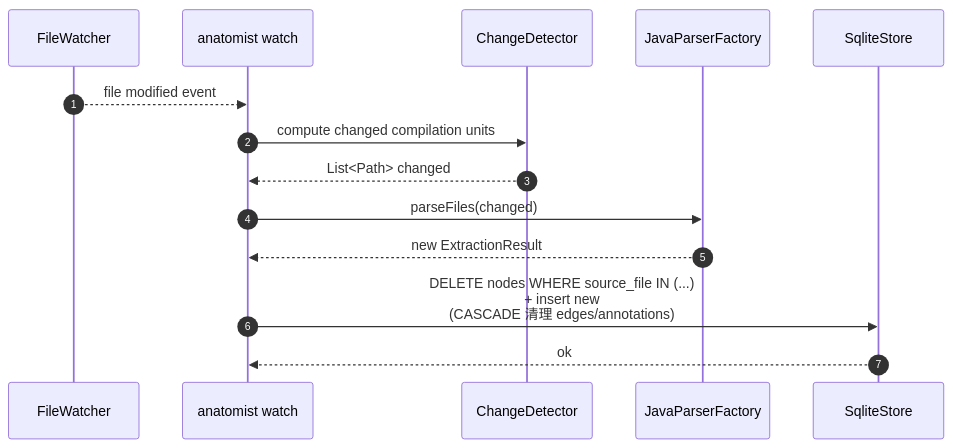
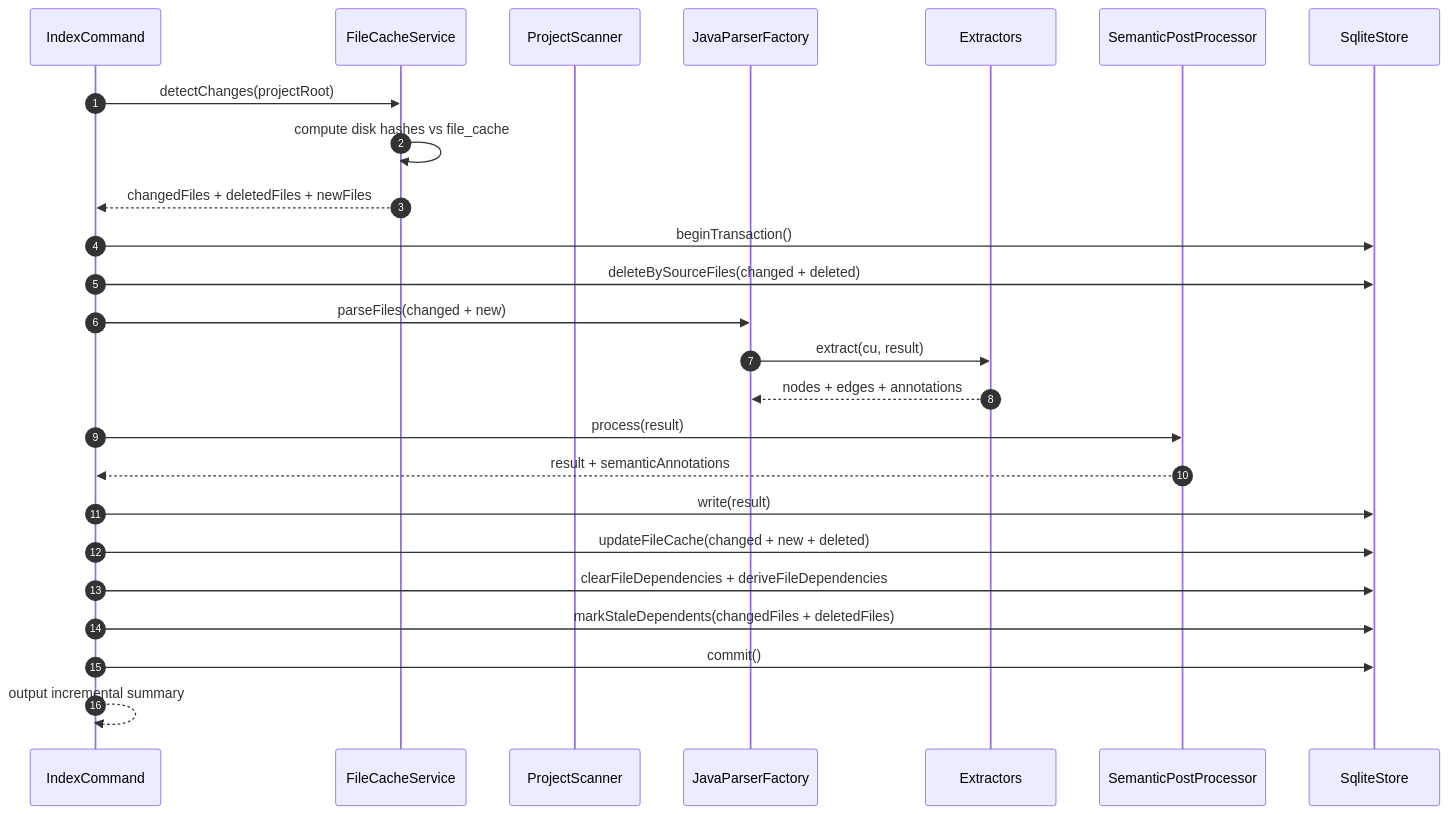
Before and after one commit to stream-iori/anatomist: the fifth of 6 diagrams in .diorama/knowledge/facts/domain-model.md, drawn with Mermaid. The commit also changed other lines of this file and 2 other files, not shown here.

Commit message:
diorama(consolidate): finish consolidate 20260531-002-phase4-watch-incremental

````diff
--- a/.diorama/knowledge/facts/domain-model.md
+++ b/.diorama/knowledge/facts/domain-model.md
@@ -210,17 +224,28 @@
 ```mermaid
 sequenceDiagram
     autonumber
-    participant FS as FileWatcher
-    participant CLI as anatomist watch
-    participant Diff as ChangeDetector
+    participant CLI as IndexCommand
+    participant FC as FileCacheService
+    participant PS as ProjectScanner
     participant JF as JavaParserFactory
+    participant Ext as Extractors
+    participant PP as SemanticPostProcessor
     participant SS as SqliteStore
 
-    FS-->>CLI: file modified event
-    CLI->>Diff: compute changed compilation units
-    Diff-->>CLI: List<Path> changed
-    CLI->>JF: parseFiles(changed)
-    JF-->>CLI: new ExtractionResult
-    CLI->>SS: DELETE nodes WHERE source_file IN (...) <br/>+ insert new<br/>(CASCADE 清理 edges/annotations)
-    SS-->>CLI: ok
+    CLI->>FC: detectChanges(projectRoot)
+    FC->>FC: compute disk hashes vs file_cache
+    FC-->>CLI: changedFiles + deletedFiles + newFiles
+    CLI->>SS: beginTransaction()
+    CLI->>SS: deleteBySourceFiles(changed + deleted)
+    CLI->>JF: parseFiles(changed + new)
+    JF->>Ext: extract(cu, result)
+    Ext-->>JF: nodes + edges + annotations
+    CLI->>PP: process(result)
+    PP-->>CLI: result + semanticAnnotations
+    CLI->>SS: write(result)
+    CLI->>SS: updateFileCache(changed + new + deleted)
+    CLI->>SS: clearFileDependencies + deriveFileDependencies
+    CLI->>SS: markStaleDependents(changedFiles + deletedFiles)
+    CLI->>SS: commit()
+    CLI-->>CLI: output incremental summary
 ```
````
